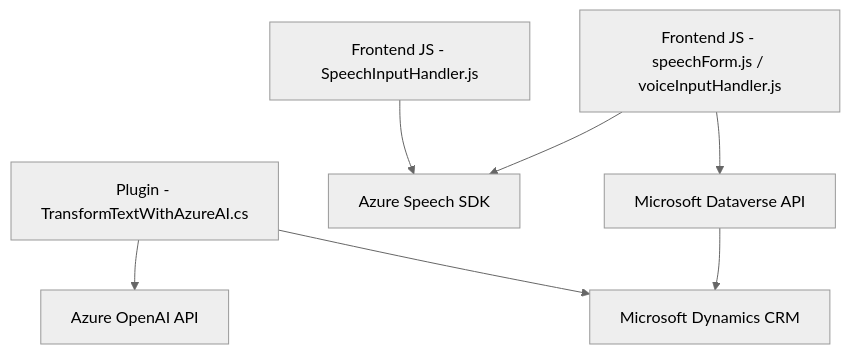
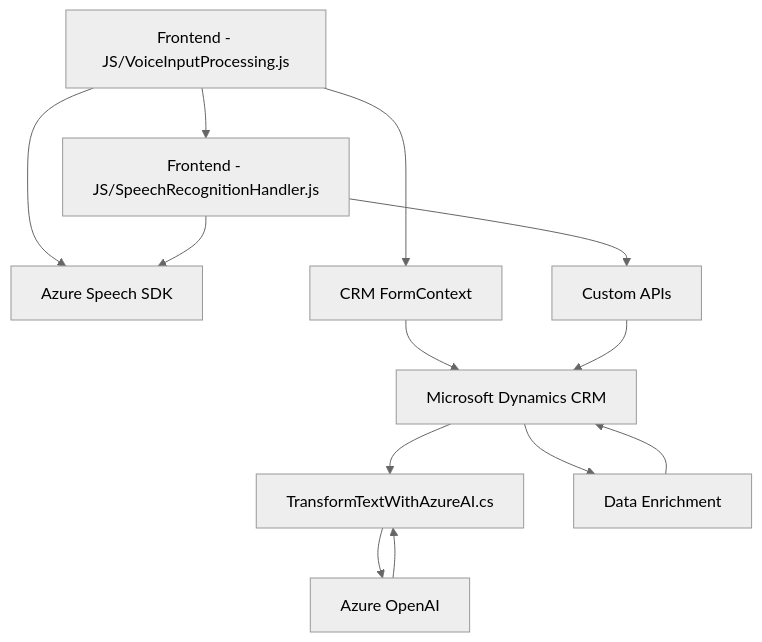
Before and after one commit to blopezdm/NETCORE_BILBAO2025: the diagram in README.md, drawn with Mermaid (neutral theme). The commit also changed other lines of this file, not shown here.

````diff
--- a/README.md
+++ b/README.md
@@ -44,17 +66,16 @@
 ```mermaid
 graph TD
-  A["Frontend JS - SpeechInputHandler.js"]
-  B["Frontend JS - speechForm.js / voiceInputHandler.js"]
-  C["Plugin - TransformTextWithAzureAI.cs"]
-  D["Microsoft Dynamics CRM"]
-  E["Azure Speech SDK"]
-  F["Azure OpenAI API"]
-  G["Microsoft Dataverse API"]
+    A["Frontend - JS/VoiceInputProcessing.js"] --> B["Azure Speech SDK"]
+    A --> C["CRM FormContext"]
+    C --> D["Microsoft Dynamics CRM"]
+    A --> E["Frontend - JS/SpeechRecognitionHandler.js"]
+    E --> B["Azure Speech SDK"]
+    E --> F["Custom APIs"]
+    F --> D["Microsoft Dynamics CRM"]
 
-  A --> E
-  B --> E
-  B --> G
-  C --> F
-  C --> D
-  G --> D
+    D["Microsoft Dynamics CRM"] --> G["TransformTextWithAzureAI.cs"]
+    G --> H["Azure OpenAI"]
+    H --> G
+    D --> I["Data Enrichment"]
+    I --> D
 ```
````
